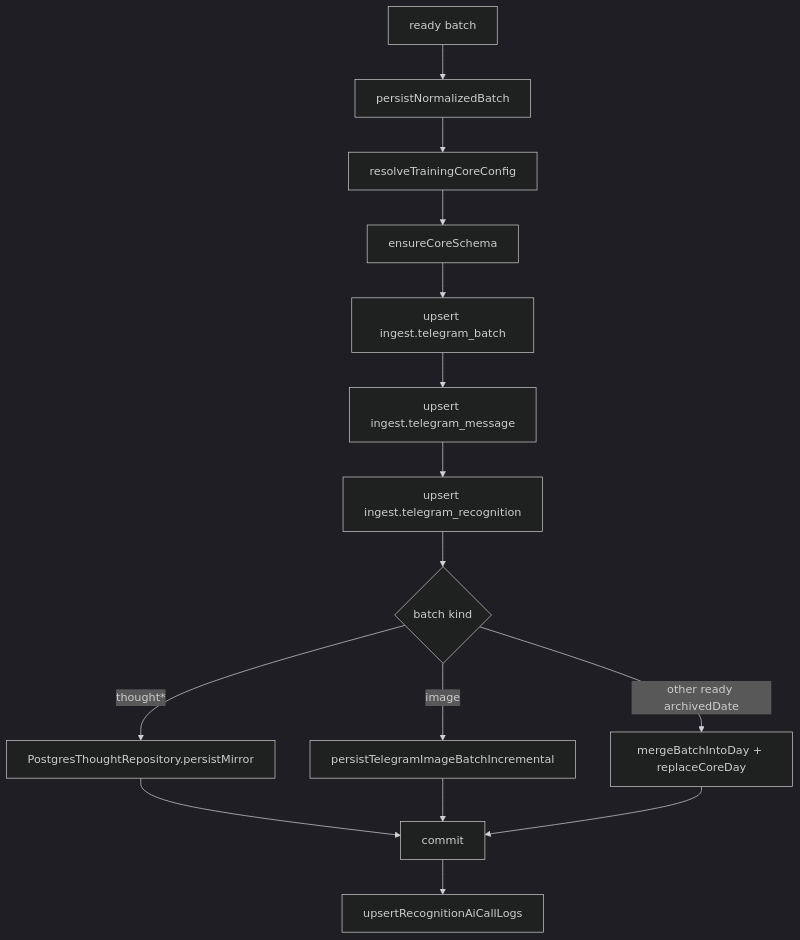
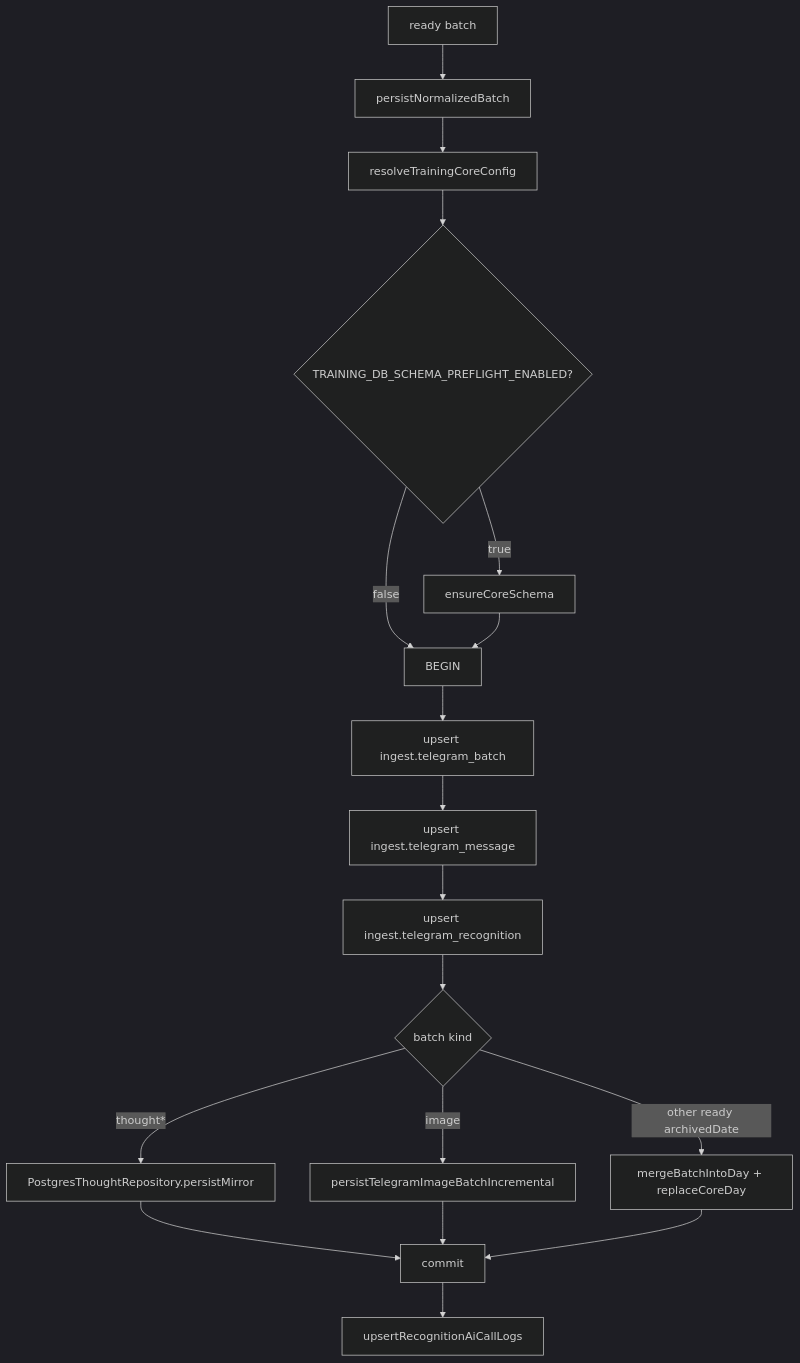
One commit to soulgo/training_records changed the diagram in docs/02_系统核心逻辑/数据入库流程.md. Above: the diagram before and after it, drawn with Mermaid (dark theme). The commit also changed other lines of this file and 29 other files, not shown here.

````diff
--- a/docs/02_系统核心逻辑/数据入库流程.md
+++ b/docs/02_系统核心逻辑/数据入库流程.md
@@ -5,17 +5,20 @@
 ```mermaid
 flowchart TD
   A[ready batch] --> B[persistNormalizedBatch]
   B --> C[resolveTrainingCoreConfig]
-  C --> D[ensureCoreSchema]
-  D --> E[upsert ingest.telegram_batch]
-  E --> F[upsert ingest.telegram_message]
-  F --> G[upsert ingest.telegram_recognition]
-  G --> H{batch kind}
-  H -->|thought*| I[PostgresThoughtRepository.persistMirror]
-  H -->|image| J[persistTelegramImageBatchIncremental]
-  H -->|other ready archivedDate| K[mergeBatchIntoDay + replaceCoreDay]
-  I --> L[commit]
-  J --> L
-  K --> L
-  L --> M[upsertRecognitionAiCallLogs]
+  C --> D{TRAINING_DB_SCHEMA_PREFLIGHT_ENABLED?}
+  D -->|true| E[ensureCoreSchema]
+  D -->|false| F[BEGIN]
+  E --> F
+  F --> G[upsert ingest.telegram_batch]
+  G --> H[upsert ingest.telegram_message]
+  H --> I[upsert ingest.telegram_recognition]
+  I --> J{batch kind}
+  J -->|thought*| K[PostgresThoughtRepository.persistMirror]
+  J -->|image| L[persistTelegramImageBatchIncremental]
+  J -->|other ready archivedDate| M[mergeBatchIntoDay + replaceCoreDay]
+  K --> N[commit]
+  L --> N
+  M --> N
+  N --> O[upsertRecognitionAiCallLogs]
 ```
````
